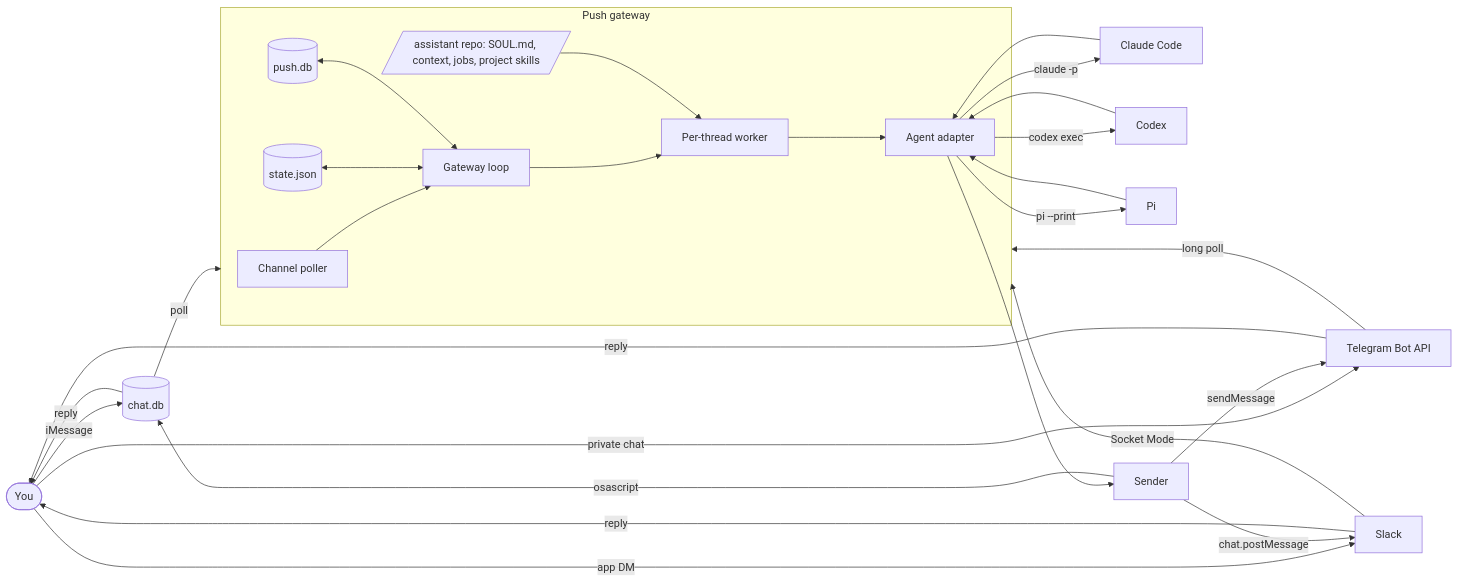
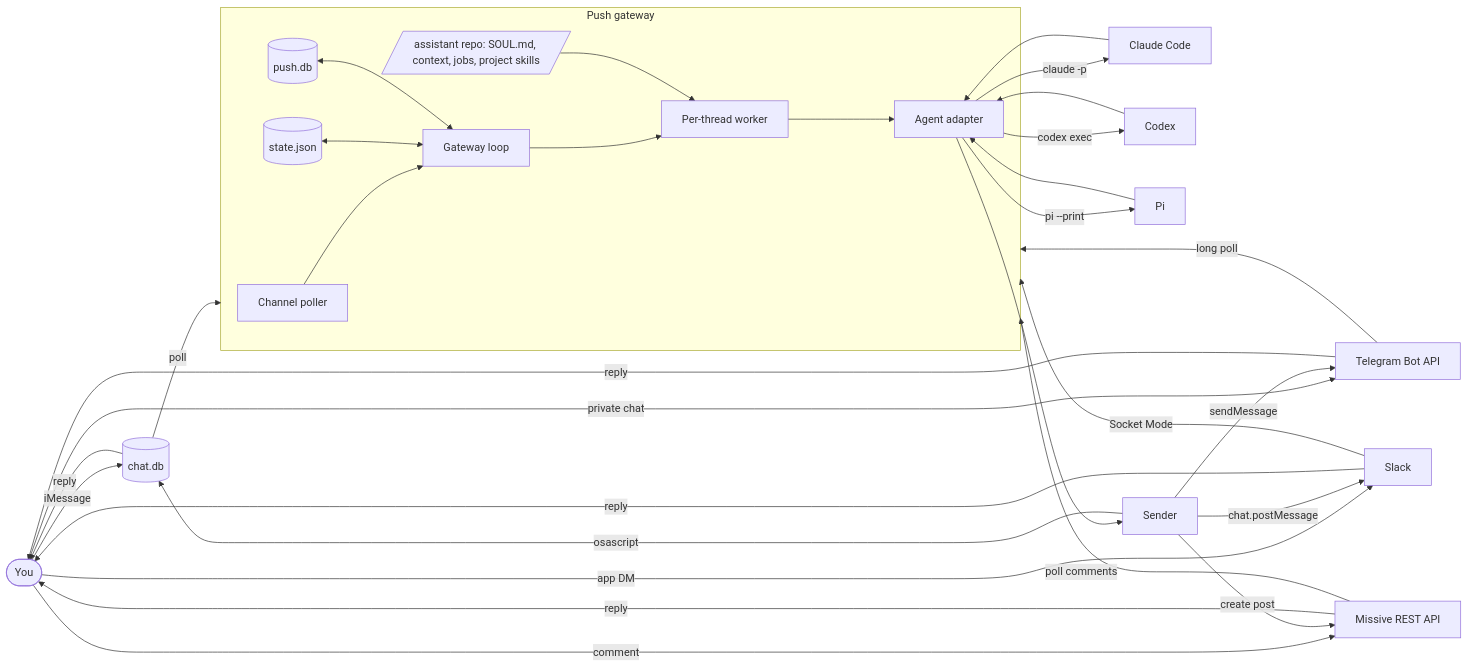
The first of 2 diagrams in docs/architecture.md (owainlewis/push), drawn with Mermaid before and after one commit. The commit also changed other lines of this file and 17 other files, not shown here.

````diff
--- a/docs/architecture.md
+++ b/docs/architecture.md
@@ -65,30 +66,34 @@
 ```mermaid
 flowchart LR
     user([You]) -->|iMessage| db[(chat.db)]
     user -->|private chat| tg[Telegram Bot API]
     user -->|app DM| slack[Slack]
+    user -->|comment| missive[Missive REST API]
     db -->|poll| push
     tg -->|long poll| push
     slack -->|Socket Mode| push
+    missive -->|poll comments| push
     subgraph push[Push gateway]
         poller[Channel poller] --> gateway[Gateway loop]
         gateway --> worker[Per-thread worker]
         store[(state.json)] <--> gateway
         history[(push.db)] <--> gateway
         assistant[/assistant repo: SOUL.md, context, jobs, project skills/] --> worker
         worker --> adapter[Agent adapter]
     end
     adapter -->|claude -p| claude[Claude Code]
     adapter -->|codex exec| codex[Codex]
     adapter -->|pi --print| pi[Pi]
     claude --> adapter
     codex --> adapter
     pi --> adapter
     adapter --> sender[Sender]
     sender -->|osascript| db
     sender -->|sendMessage| tg
     sender -->|chat.postMessage| slack
+    sender -->|create post| missive
     db -->|reply| user
     tg -->|reply| user
     slack -->|reply| user
+    missive -->|reply| user
 ```
````
